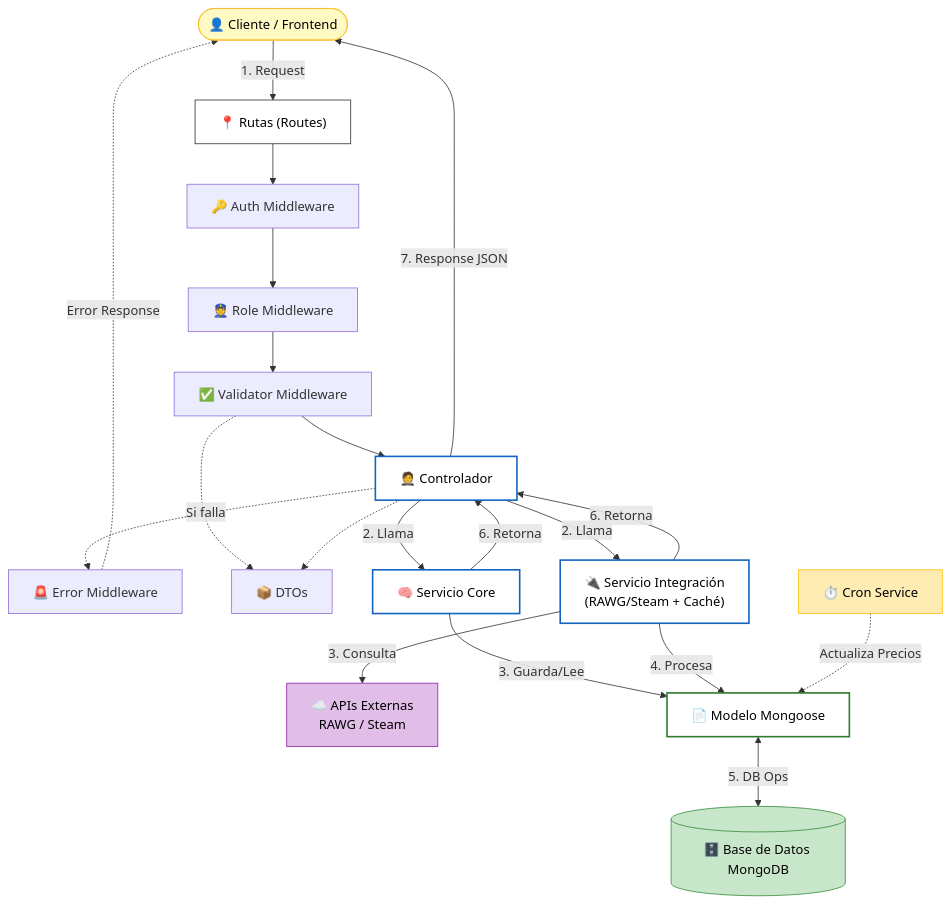
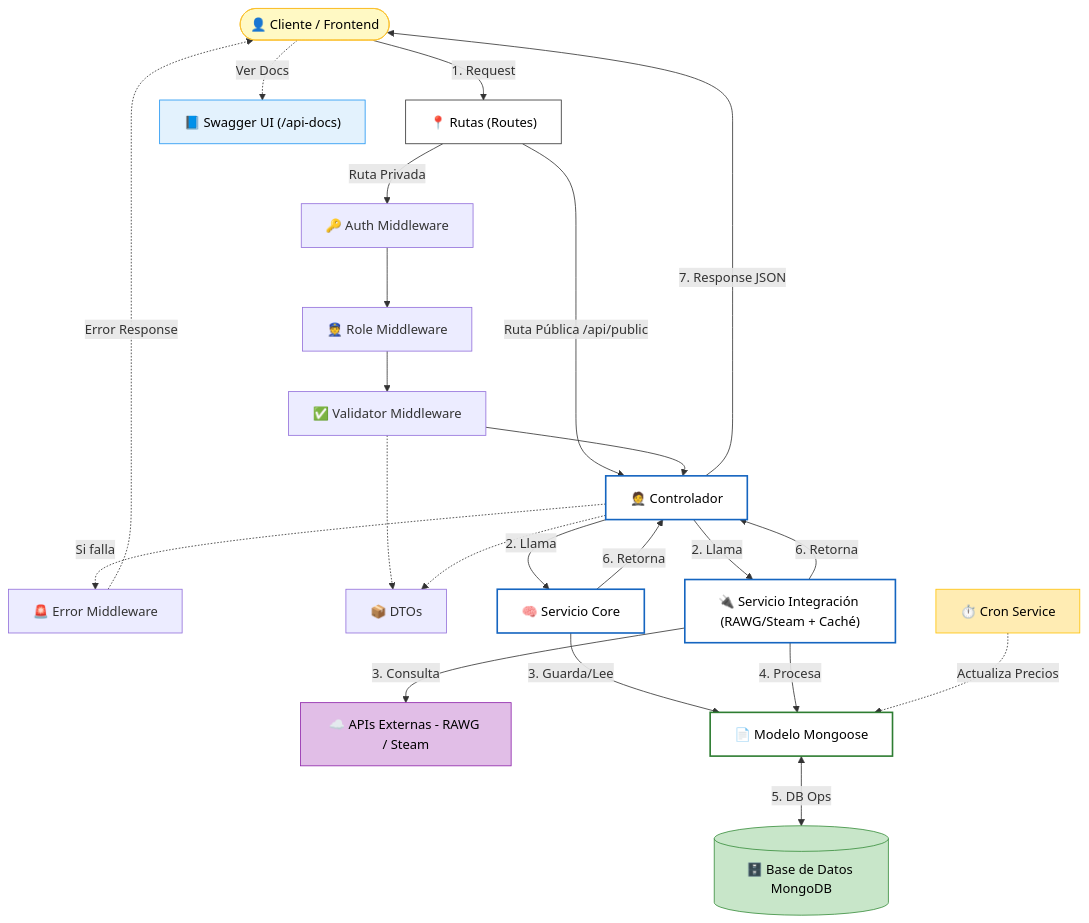
Before and after one commit to 3FactorLab/game_manager_api: the diagram in docs/architecture.md, drawn with Mermaid. The commit also changed other lines of this file and 27 other files, not shown here.

````diff
--- a/docs/architecture.md
+++ b/docs/architecture.md
@@ -171,74 +175,82 @@
 ```mermaid
 flowchart TD
     %% Nodos Externos
     Client([👤 Cliente / Frontend])
     DB[(🗄️ Base de Datos MongoDB)]
-    ExternalAPIs[☁️ APIs Externas\nRAWG / Steam]
+    ExternalAPIs[☁️ APIs Externas - RAWG / Steam]
 
     %% Capas del Backend
     Routes["📍 Rutas (Routes)"]
+    Docs["📘 Swagger UI (/api-docs)"]
 
     %% Middlewares
     AuthMW["🔑 Auth Middleware"]
     RoleMW["👮 Role Middleware"]
     ValidMW["✅ Validator Middleware"]
     ErrorMW["🚨 Error Middleware"]
 
     %% Componentes Principales
     Controller["🤵 Controlador"]
     DTO["📦 DTOs"]
 
     %% Servicios
     CoreService["🧠 Servicio Core"]
-    IntegrationService["🔌 Servicio Integración\n(RAWG/Steam + Caché)"]
+    IntegrationService["🔌 Servicio Integración (RAWG/Steam + Caché)"]
     CronService["⏱️ Cron Service"]
 
     Model["📄 Modelo Mongoose"]
 
     %% Flujo Principal
     Client -->|1. Request| Routes
-    Routes --> AuthMW
+    Client -.->|Ver Docs| Docs
+
+    %% Bifurcación: Pública vs Privada
+    Routes -->|Ruta Privada| AuthMW
+    Routes -->|Ruta Pública /api/public| Controller
+
+    %% Pipeline Privado
     AuthMW --> RoleMW
     RoleMW --> ValidMW
     ValidMW --> Controller
 
     %% Validaciones
     ValidMW -.-> DTO
     Controller -.-> DTO
 
     %% Lógica de Negocio
     Controller -->|2. Llama| CoreService
     Controller -->|2. Llama| IntegrationService
 
     %% Interacción con Datos y APIs
     CoreService -->|3. Guarda/Lee| Model
     IntegrationService -->|3. Consulta| ExternalAPIs
     IntegrationService -->|4. Procesa| Model
 
     %% Automatización
     CronService -.->|Actualiza Precios| Model
 
     %% Persistencia
     Model <-->|5. DB Ops| DB
 
     %% Retorno
     CoreService -->|6. Retorna| Controller
     IntegrationService -->|6. Retorna| Controller
     Controller -->|7. Response JSON| Client
 
     %% Manejo de Errores
     Controller -.->|Si falla| ErrorMW
     ErrorMW -.->|Error Response| Client
 
     %% Estilos
     style Client fill:#FFF9C4,stroke:#FBC02D,color:#000
     style DB fill:#C8E6C9,stroke:#388E3C,color:#000
     style ExternalAPIs fill:#E1BEE7,stroke:#8E24AA,color:#000
 
     style Routes fill:#FFFFFF,stroke:#333,color:#000
     style Controller fill:#FFFFFF,stroke:#1565C0,stroke-width:2px,color:#000
     style CoreService fill:#FFFFFF,stroke:#1565C0,stroke-width:2px,color:#000
     style IntegrationService fill:#FFFFFF,stroke:#1565C0,stroke-width:2px,color:#000
     style CronService fill:#FFECB3,stroke:#FFC107,color:#000
     style Model fill:#FFFFFF,stroke:#2E7D32,stroke-width:2px,color:#000
+    style Docs fill:#E3F2FD,stroke:#2196F3,color:#000
 ```
````
